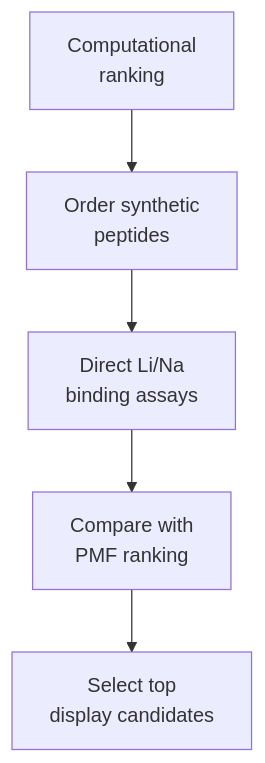
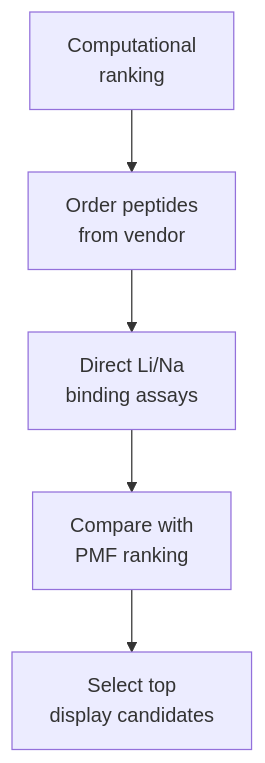
The diagram in 02_experimental_validation/track_A_purified_peptide/planning/README.md (jackyissocute/LiSPER), drawn with Mermaid before and after one commit. The commit also changed other lines of this file and 60 other files, not shown here.

First line of the commit message:
Archive Track A His6-SUMO plasmids and switch to vendor peptides.

````diff
--- a/02_experimental_validation/track_A_purified_peptide/planning/README.md
+++ b/02_experimental_validation/track_A_purified_peptide/planning/README.md
@@ -13,16 +11,16 @@
 ```mermaid
 flowchart TD
     accTitle: Ordered Peptide Validation
-    accDescr: Track A starts with ordered synthetic peptides, measures Li and Na binding directly, compares the results with computational ranking, and selects candidates for Track B.
+    accDescr: Track A orders synthetic peptides, measures Li and Na binding, compares with PMF ranking, and selects Track B candidates.
 
     computational["Computational<br/>ranking"]
-    order["Order synthetic<br/>peptides"]
+    order["Order peptides<br/>from vendor"]
     assay["Direct Li/Na<br/>binding assays"]
     compare["Compare with<br/>PMF ranking"]
     select["Select top<br/>display candidates"]
 
     computational --> order
     order --> assay
     assay --> compare
     compare --> select
 ```
````
